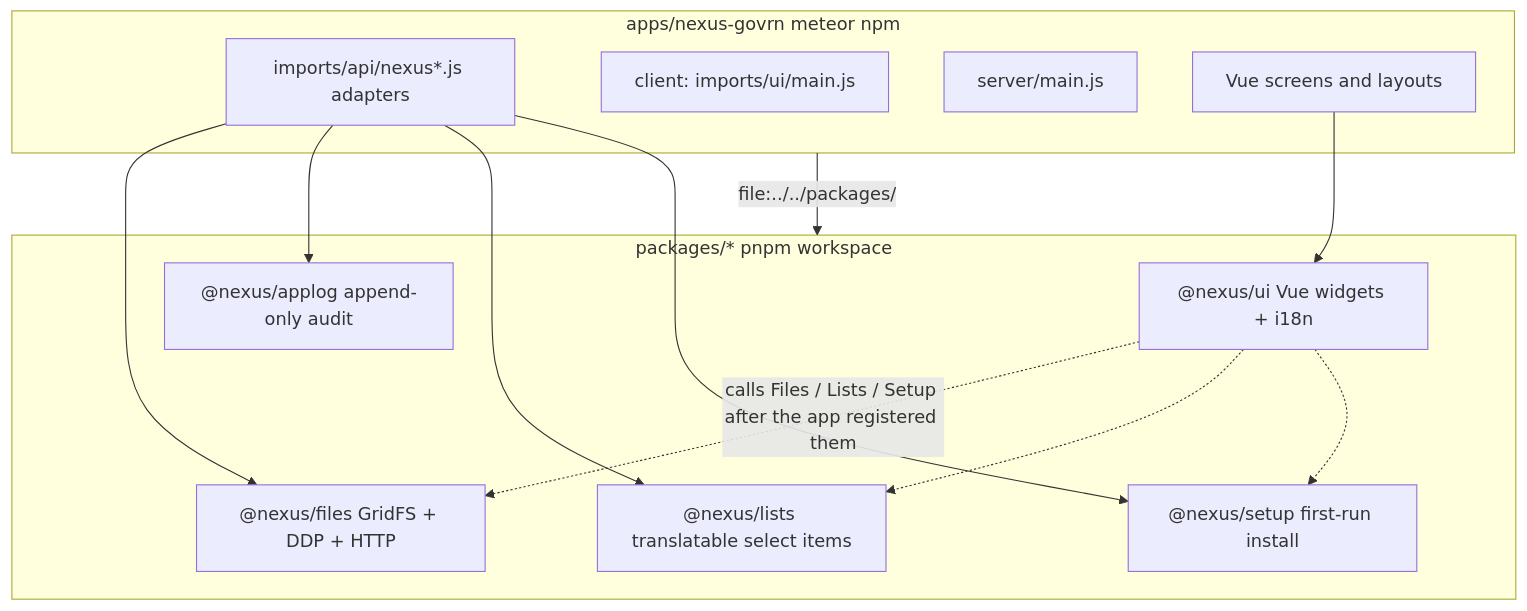
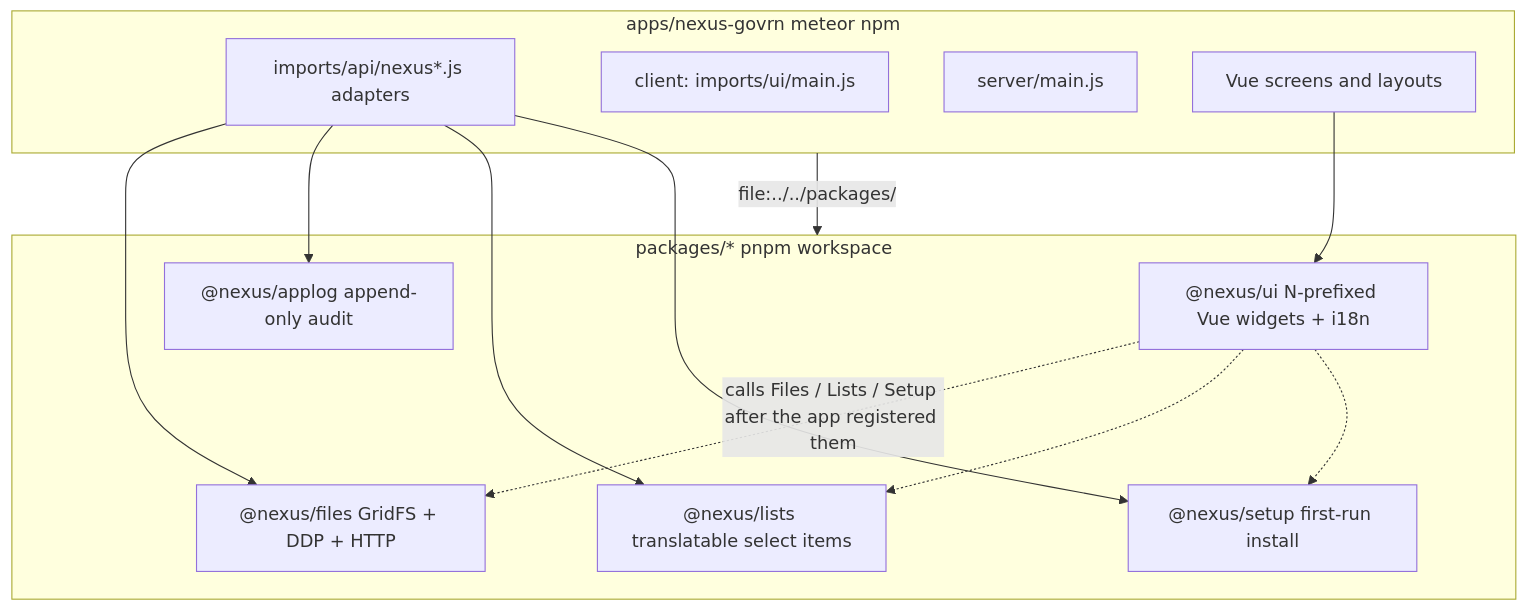
The first of 4 diagrams in PACKAGES.md (kasgarally/ik-nexus), drawn with Mermaid before and after one commit. The commit also changed other lines of this file and 27 other files, not shown here.

````diff
--- a/PACKAGES.md
+++ b/PACKAGES.md
@@ -47,25 +47,25 @@
 ```mermaid
 flowchart TB
   subgraph packagesDir ["packages/*  pnpm workspace"]
-    ui["@nexus/ui Vue widgets + i18n"]
+    ui["@nexus/ui N-prefixed Vue widgets + i18n"]
     files["@nexus/files GridFS + DDP + HTTP"]
     applog["@nexus/applog append-only audit"]
     lists["@nexus/lists translatable select items"]
     setup["@nexus/setup first-run install"]
   end
   subgraph govrn ["apps/nexus-govrn  meteor npm"]
     adapter["imports/api/nexus*.js adapters"]
     client["client: imports/ui/main.js"]
     server["server/main.js"]
     screens["Vue screens and layouts"]
   end
   govrn -->|"file:../../packages/<name>"| packagesDir
   adapter --> files
   adapter --> applog
   adapter --> lists
   adapter --> setup
   screens --> ui
   ui -.->|"calls Files / Lists / Setup after the app registered them"| files
   ui -.-> lists
   ui -.-> setup
 ```
````
